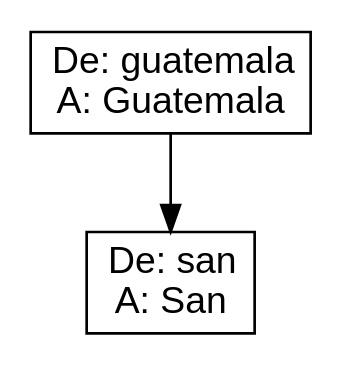
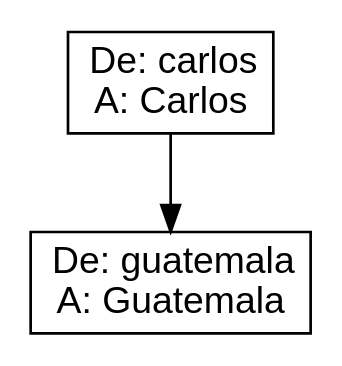
The diagram in Practica 1/PilaCambios.dot (TaTo30/EDD20S1-201800585), drawn with Graphviz before and after one commit. The commit also changed 12 other files, not shown here.

```diff
--- a/Practica 1/PilaCambios.dot
+++ b/Practica 1/PilaCambios.dot
@@ -1,6 +1,6 @@
 digraph L {
   node [shape=record fontname=Arial];
-0 [label="De: guatemala\lA: Guatemala"]
-1 [label="De: san\lA: San"]
+0 [label="De: carlos\lA: Carlos"]
+1 [label="De: guatemala\lA: Guatemala"]
 0 -> 1
  }
```
